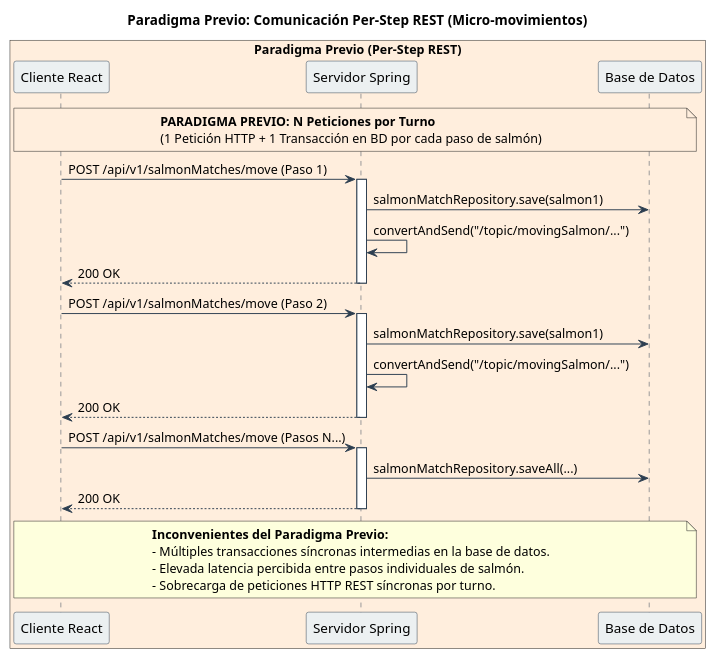
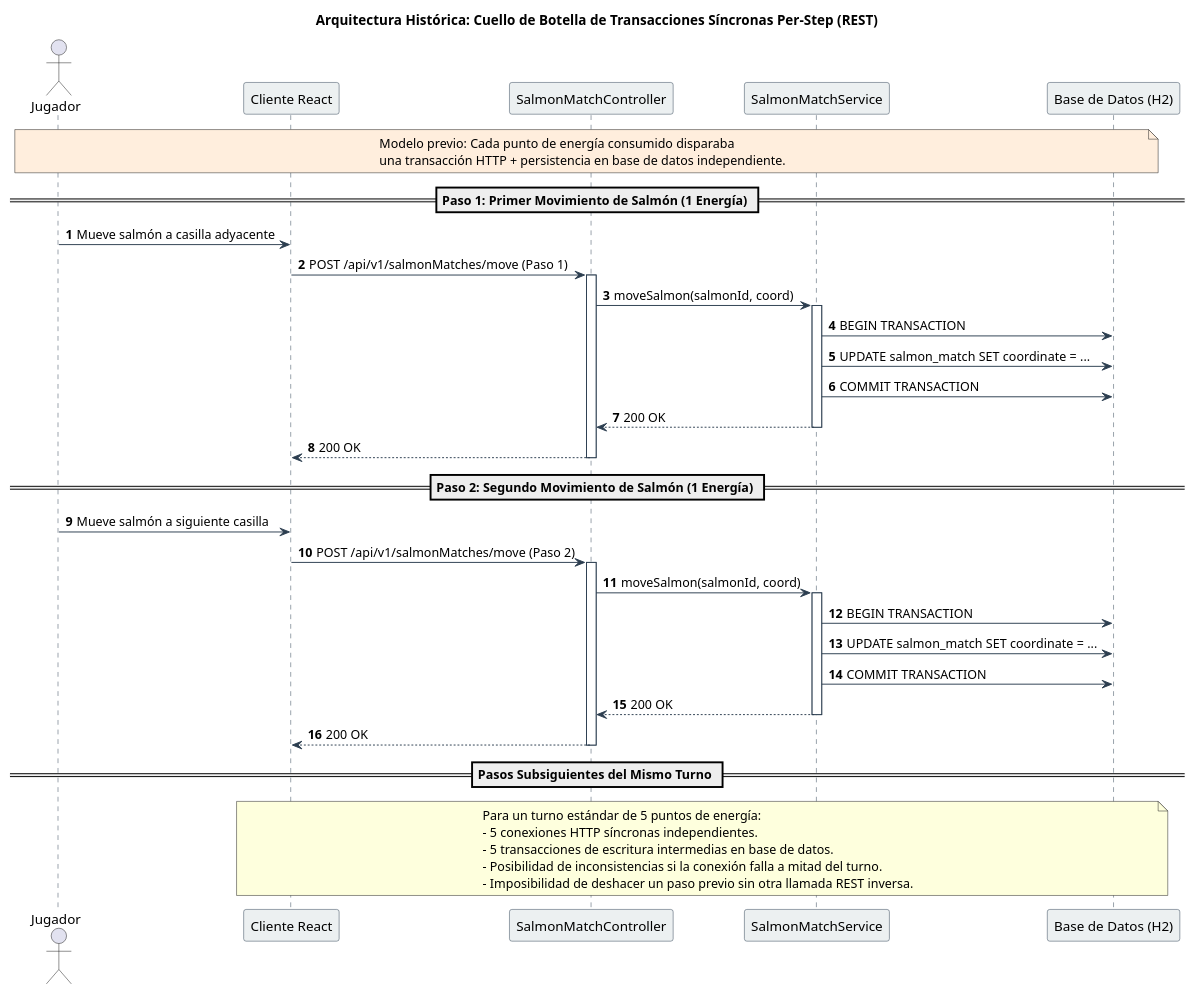
One commit to Ignacio0407/Upstream-Board-Game changed the diagram in docs/design-TFG/19_Secuencia_Paradigma_Previo_Per_Step.puml. Above: the diagram before and after it, drawn with PlantUML. The commit also changed 97 other files, not shown here.

First line of the commit message:
docs: :memo: Improved existing diagrams, added seven more and changed their order

```diff
--- a/docs/design-TFG/19_Secuencia_Paradigma_Previo_Per_Step.puml
+++ b/docs/design-TFG/19_Secuencia_Paradigma_Previo_Per_Step.puml
@@ -1,50 +1,64 @@
 @startuml
+autonumber
 skinparam shadowing false
 skinparam sequence {
     ArrowColor #2C3E50
     LifeLineBorderColor #2C3E50
     ParticipantBorderColor #2C3E50
     ParticipantBackgroundColor #ECF0F1
 }
 
-title Paradigma Previo: Comunicación Per-Step REST (Micro-movimientos)
+title Arquitectura Histórica: Cuello de Botella de Transacciones Síncronas Per-Step (REST)
 
-box "Paradigma Previo (Per-Step REST)" #FFEEDD
-participant "Cliente React" as FE1
-participant "Servidor Spring" as API1
-participant "Base de Datos" as DB1
-end box
+actor "Jugador" as Player
+participant "Cliente React" as Client
+participant "SalmonMatchController" as API
+participant "SalmonMatchService" as ServiceLayer
+participant "Base de Datos (H2)" as Database
 
-note over FE1, DB1 #FFEEDD
-  **PARADIGMA PREVIO: N Peticiones por Turno**
-  (1 Petición HTTP + 1 Transacción en BD por cada paso de salmón)
+note over Player, Database #FFEEDD
+  Modelo previo: Cada punto de energía consumido disparaba
+  una transacción HTTP + persistencia en base de datos independiente.
 end note
 
-FE1 -> API1: POST /api/v1/salmonMatches/move (Paso 1)
-activate API1
-API1 -> DB1: salmonMatchRepository.save(salmon1)
-API1 -> API1: convertAndSend("/topic/movingSalmon/...")
-API1 --> FE1: 200 OK
-deactivate API1
+== Paso 1: Primer Movimiento de Salmón (1 Energía) ==
 
-FE1 -> API1: POST /api/v1/salmonMatches/move (Paso 2)
-activate API1
-API1 -> DB1: salmonMatchRepository.save(salmon1)
-API1 -> API1: convertAndSend("/topic/movingSalmon/...")
-API1 --> FE1: 200 OK
-deactivate API1
+Player -> Client: Mueve salmón a casilla adyacente
+Client -> API: POST /api/v1/salmonMatches/move (Paso 1)
+activate API
+API -> ServiceLayer: moveSalmon(salmonId, coord)
+activate ServiceLayer
+ServiceLayer -> Database: BEGIN TRANSACTION
+ServiceLayer -> Database: UPDATE salmon_match SET coordinate = ...
+ServiceLayer -> Database: COMMIT TRANSACTION
+ServiceLayer --> API: 200 OK
+deactivate ServiceLayer
+API --> Client: 200 OK
+deactivate API
 
-FE1 -> API1: POST /api/v1/salmonMatches/move (Pasos N...)
-activate API1
-API1 -> DB1: salmonMatchRepository.saveAll(...)
-API1 --> FE1: 200 OK
-deactivate API1
+== Paso 2: Segundo Movimiento de Salmón (1 Energía) ==
 
-note over FE1, DB1
-  **Inconvenientes del Paradigma Previo:**
-  - Múltiples transacciones síncronas intermedias en la base de datos.
-  - Elevada latencia percibida entre pasos individuales de salmón.
-  - Sobrecarga de peticiones HTTP REST síncronas por turno.
+Player -> Client: Mueve salmón a siguiente casilla
+Client -> API: POST /api/v1/salmonMatches/move (Paso 2)
+activate API
+API -> ServiceLayer: moveSalmon(salmonId, coord)
+activate ServiceLayer
+ServiceLayer -> Database: BEGIN TRANSACTION
+ServiceLayer -> Database: UPDATE salmon_match SET coordinate = ...
+ServiceLayer -> Database: COMMIT TRANSACTION
+ServiceLayer --> API: 200 OK
+deactivate ServiceLayer
+API --> Client: 200 OK
+deactivate API
+
+== Pasos Subsiguientes del Mismo Turno ==
+
+note over Client, Database
+  Para un turno estándar de 5 puntos de energía:
+  - 5 conexiones HTTP síncronas independientes.
+  - 5 transacciones de escritura intermedias en base de datos.
+  - Posibilidad de inconsistencias si la conexión falla a mitad del turno.
+  - Imposibilidad de deshacer un paso previo sin otra llamada REST inversa.
 end note
 
 @enduml
```
